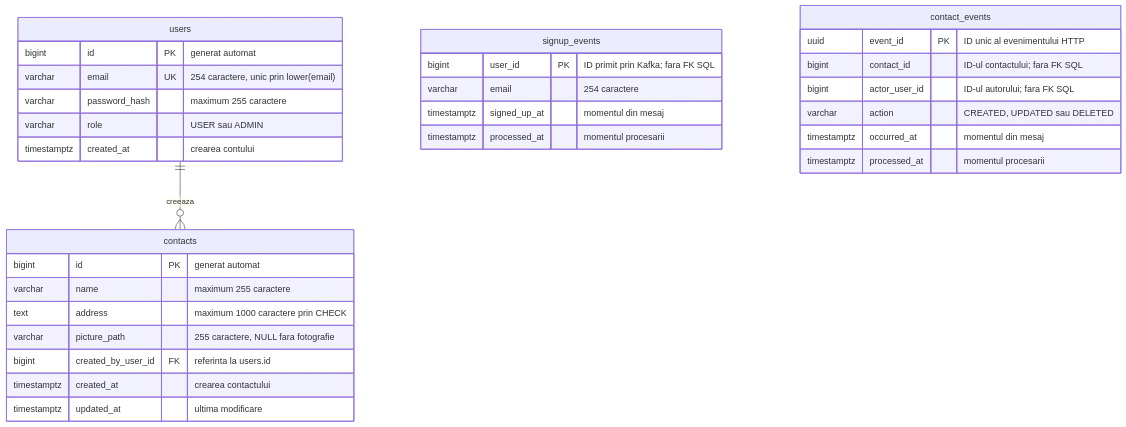
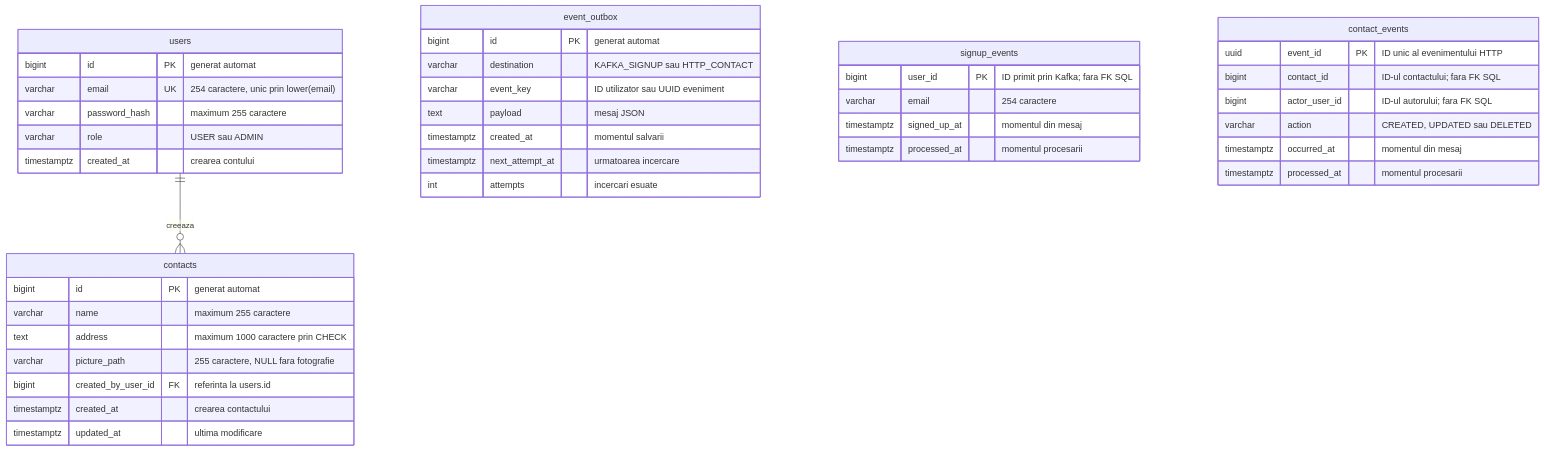
The diagram in docs/database.md (MonkeyFonkey1/netex_project), drawn with Mermaid before and after one commit. The commit also changed other lines of this file and 34 other files, not shown here.

````diff
--- a/docs/database.md
+++ b/docs/database.md
@@ -43,38 +60,48 @@
 ```mermaid
 erDiagram
     users ||--o{ contacts : "creeaza"
 
     users {
         bigint id PK "generat automat"
         varchar email UK "254 caractere, unic prin lower(email)"
         varchar password_hash "maximum 255 caractere"
         varchar role "USER sau ADMIN"
         timestamptz created_at "crearea contului"
     }
 
     contacts {
         bigint id PK "generat automat"
         varchar name "maximum 255 caractere"
         text address "maximum 1000 caractere prin CHECK"
         varchar picture_path "255 caractere, NULL fara fotografie"
         bigint created_by_user_id FK "referinta la users.id"
         timestamptz created_at "crearea contactului"
         timestamptz updated_at "ultima modificare"
     }
 
+    event_outbox {
+        bigint id PK "generat automat"
+        varchar destination "KAFKA_SIGNUP sau HTTP_CONTACT"
+        varchar event_key "ID utilizator sau UUID eveniment"
+        text payload "mesaj JSON"
+        timestamptz created_at "momentul salvarii"
+        timestamptz next_attempt_at "urmatoarea incercare"
+        int attempts "incercari esuate"
+    }
+
     signup_events {
         bigint user_id PK "ID primit prin Kafka; fara FK SQL"
         varchar email "254 caractere"
         timestamptz signed_up_at "momentul din mesaj"
         timestamptz processed_at "momentul procesarii"
     }
 
     contact_events {
         uuid event_id PK "ID unic al evenimentului HTTP"
         bigint contact_id "ID-ul contactului; fara FK SQL"
         bigint actor_user_id "ID-ul autorului; fara FK SQL"
         varchar action "CREATED, UPDATED sau DELETED"
         timestamptz occurred_at "momentul din mesaj"
         timestamptz processed_at "momentul procesarii"
     }
 ```
````
